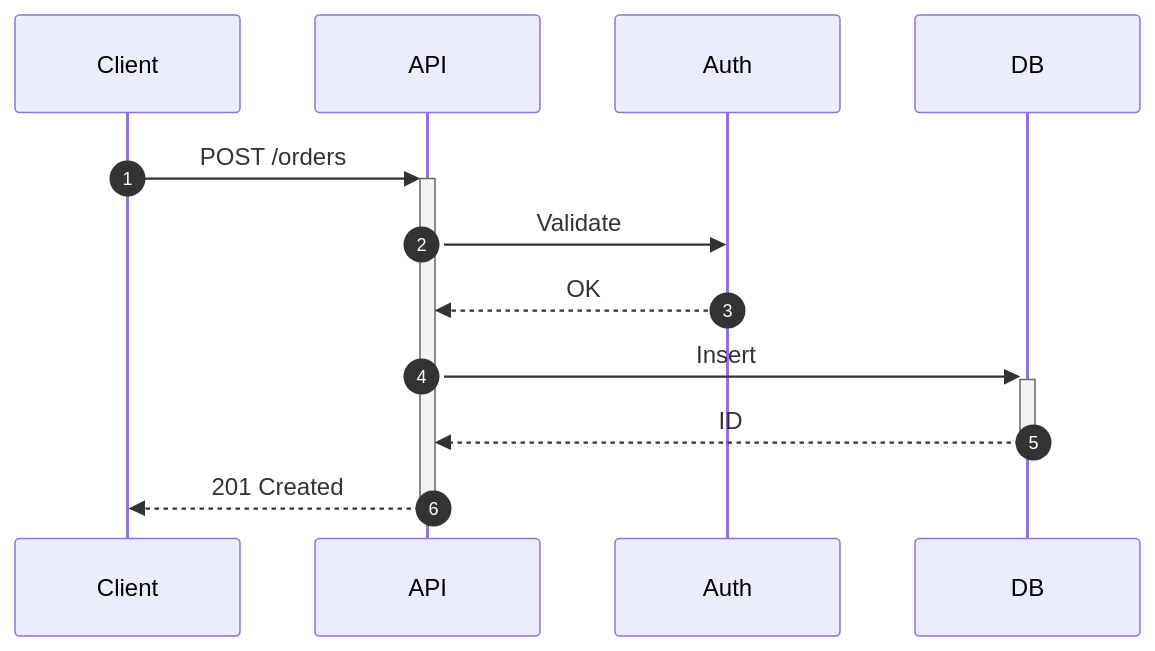
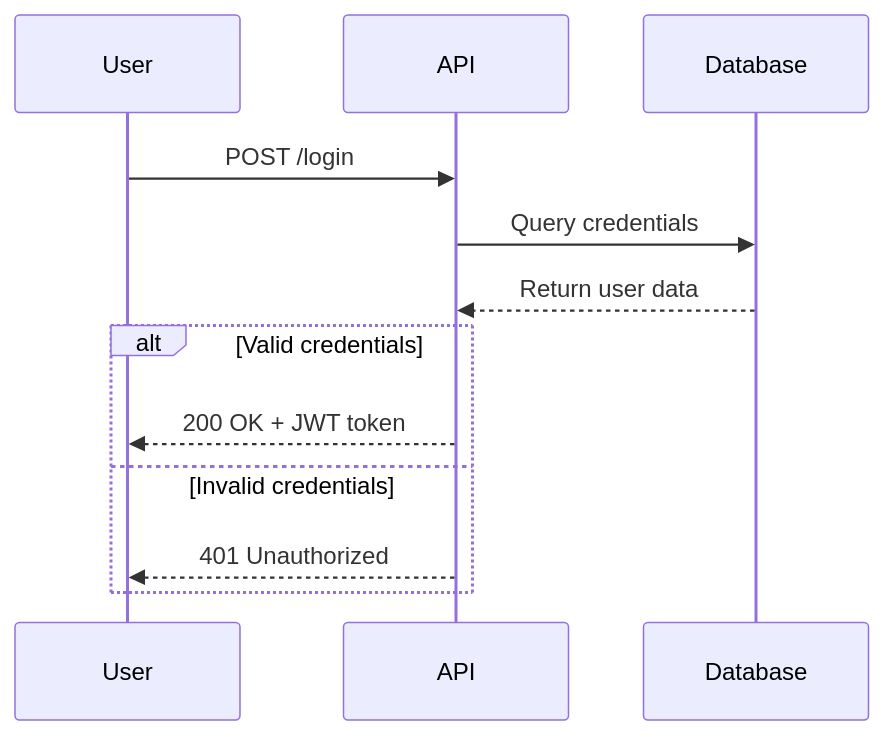
One commit to runkids/claude-skill-registry changed the third of 6 diagrams in skills/data/mermaid-diagrams/SKILL.md. Above: the diagram before and after it, drawn with Mermaid. The commit also changed other lines of this file and 32189 other files, not shown here.

````diff
--- a/skills/data/mermaid-diagrams/SKILL.md
+++ b/skills/data/mermaid-diagrams/SKILL.md
@@ -80,10 +85,15 @@
 ```mermaid
 sequenceDiagram
-    autonumber
-    Client->>+API: POST /orders
-    API->>Auth: Validate
-    Auth-->>API: OK
-    API->>+DB: Insert
-    DB-->>-API: ID
-    API-->>-Client: 201 Created
+    participant User
+    participant API
+    participant Database
+    
+    User->>API: POST /login
+    API->>Database: Query credentials
+    Database-->>API: Return user data
+    alt Valid credentials
+        API-->>User: 200 OK + JWT token
+    else Invalid credentials
+        API-->>User: 401 Unauthorized
+    end
 ```
````
